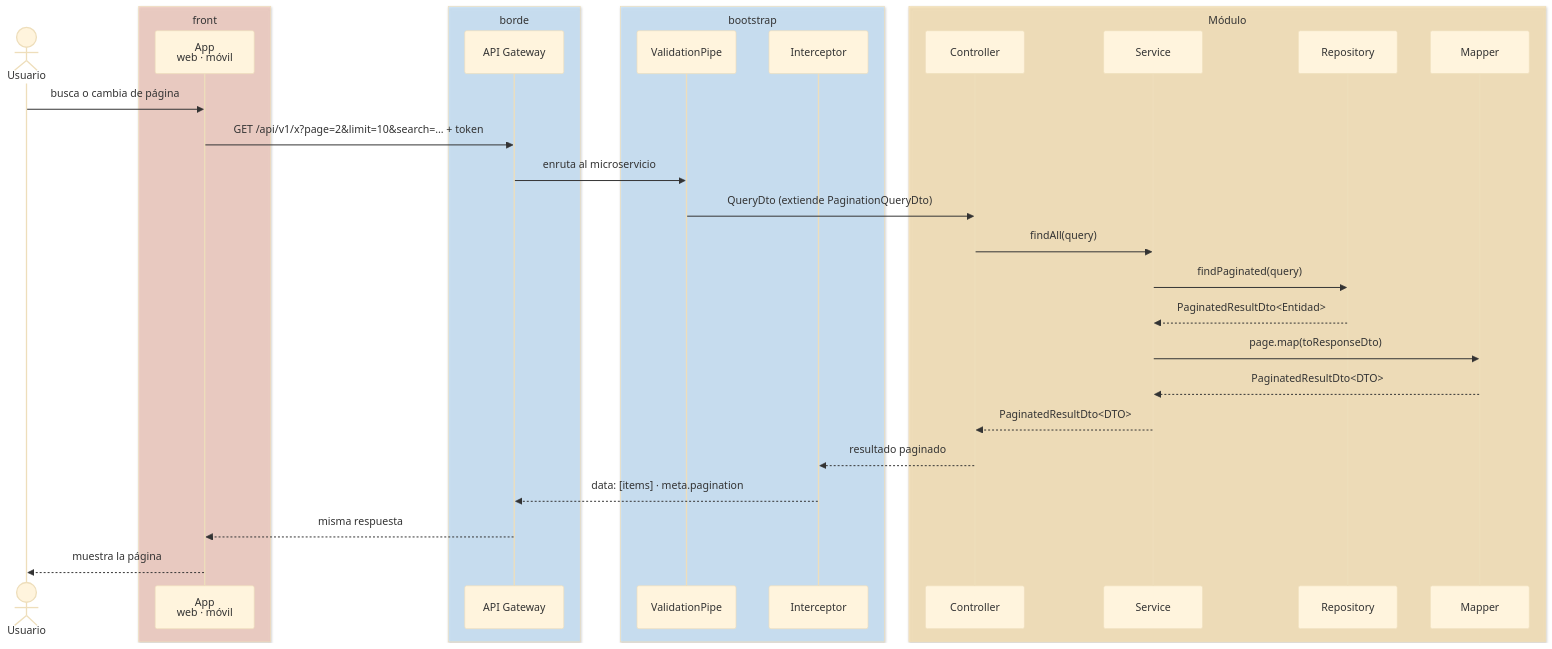
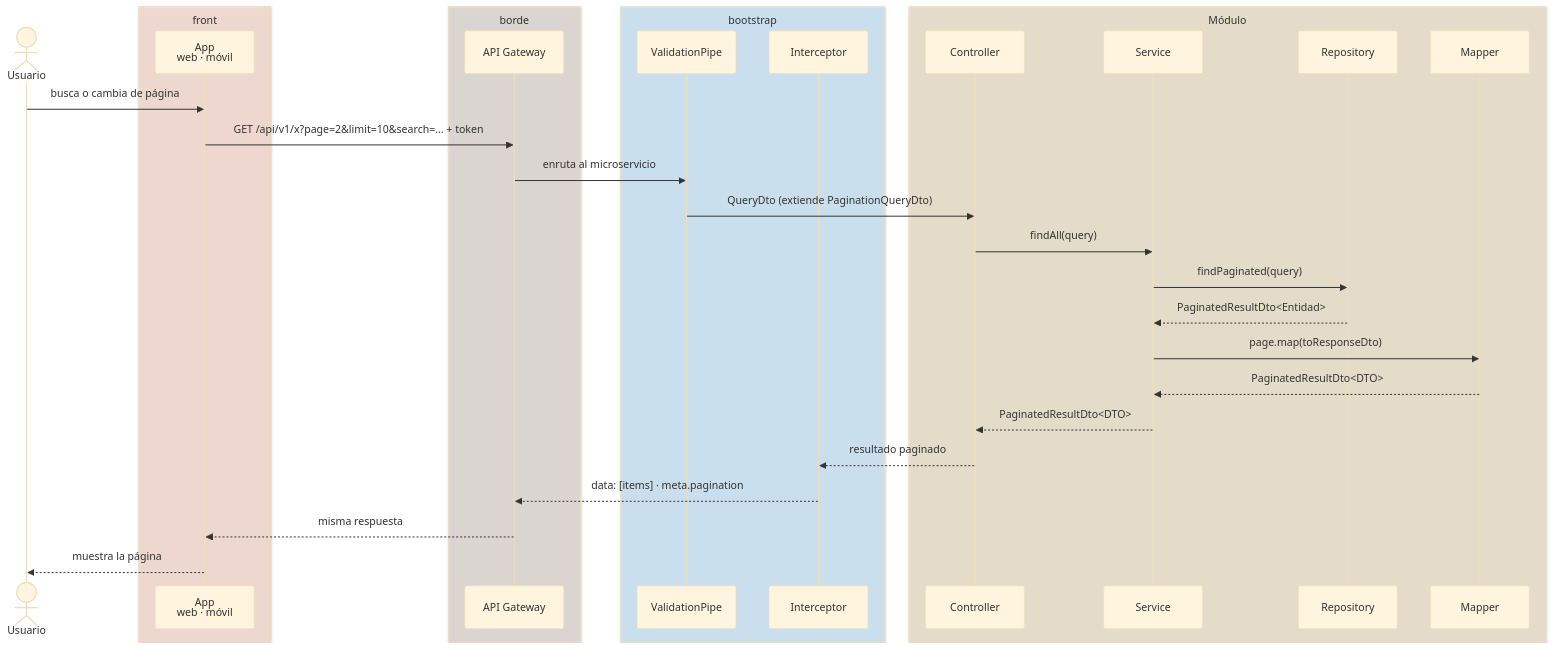
One commit to pcarroza91/nest-template changed the tenth of 15 diagrams in docs/architecture/modular-microservice.md. Above: the diagram before and after it, drawn with Mermaid (base theme). The commit also changed other lines of this file and 2 other files, not shown here.

First line of the commit message:
docs(architecture): colores por capa y componente en los diagramas Mermaid

````diff
--- a/docs/architecture/modular-microservice.md
+++ b/docs/architecture/modular-microservice.md
@@ -631,35 +657,35 @@
 ```mermaid
 sequenceDiagram
     actor U as Usuario
-    box rgba(246,193,178,0.6) front
+    box rgba(255,217,203,0.6) front
         participant FE as App<br/>web · móvil
     end
-    box rgba(188,225,255,0.6) borde
+    box rgba(222,214,206,0.6) borde
         participant GW as API Gateway
     end
-    box rgba(188,225,255,0.6) bootstrap
+    box rgba(195,231,255,0.6) bootstrap
         participant P as ValidationPipe
         participant I as Interceptor
     end
-    box rgba(253,224,163,0.6) Módulo
+    box rgba(239,226,192,0.6) Módulo
         participant C as Controller
         participant S as Service
         participant R as Repository
         participant M as Mapper
     end
 
     U->>FE: busca o cambia de página
     FE->>GW: GET /api/v1/x?page=2&limit=10&search=… + token
     GW->>P: enruta al microservicio
     P->>C: QueryDto (extiende PaginationQueryDto)
     C->>S: findAll(query)
     S->>R: findPaginated(query)
     R-->>S: PaginatedResultDto<Entidad>
     S->>M: page.map(toResponseDto)
     M-->>S: PaginatedResultDto<DTO>
     S-->>C: PaginatedResultDto<DTO>
     C-->>I: resultado paginado
     I-->>GW: data: [items] · meta.pagination
     GW-->>FE: misma respuesta
     FE-->>U: muestra la página
 ```
````
